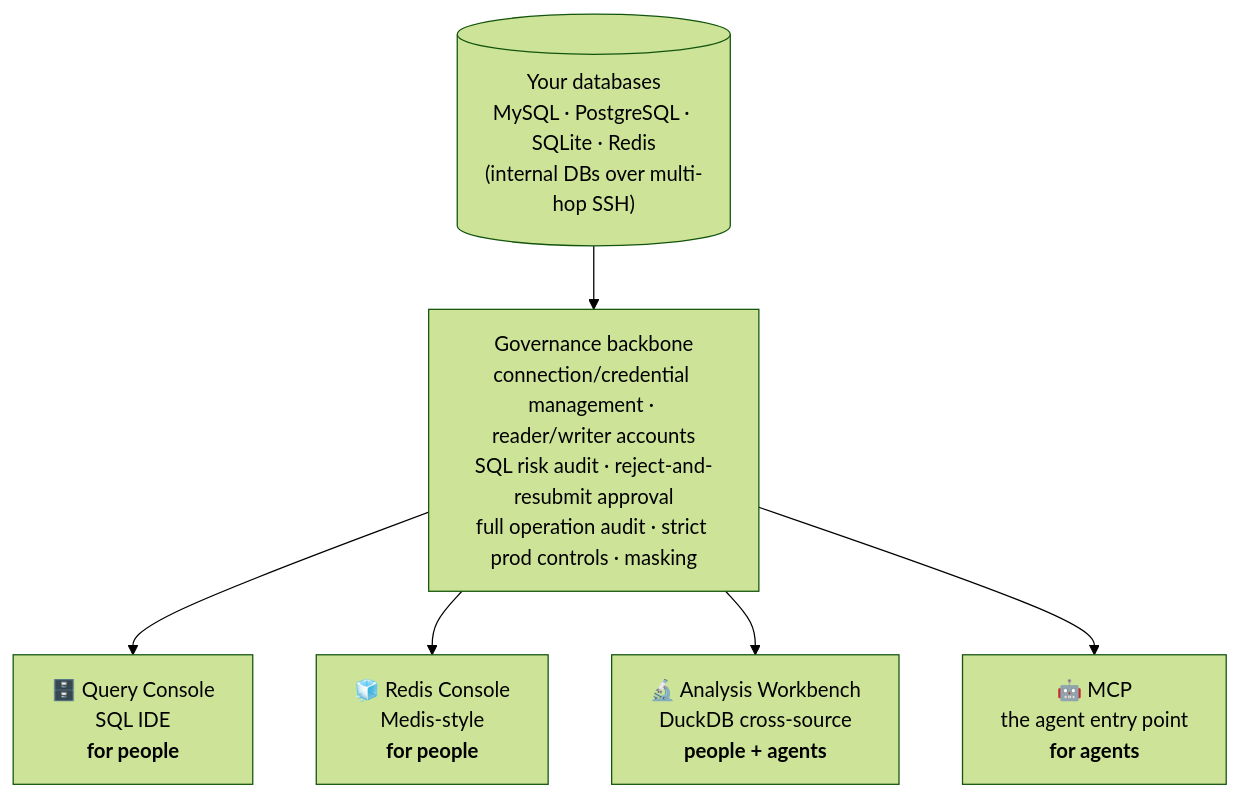
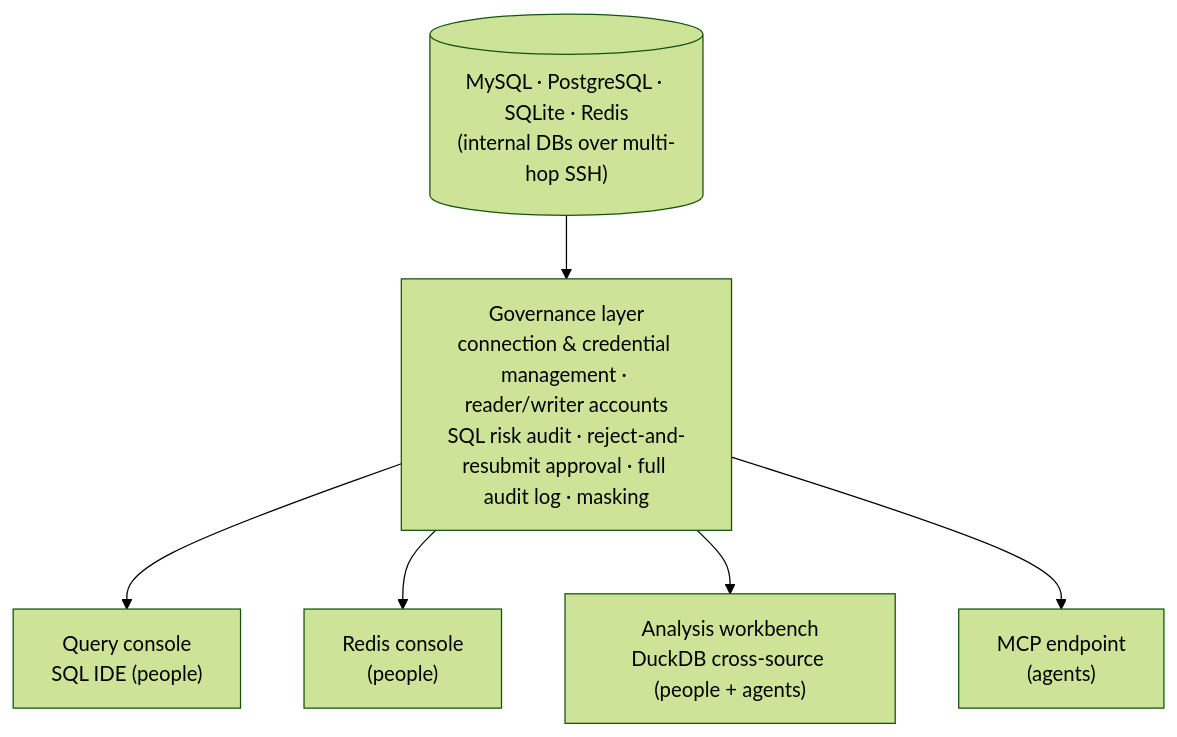
One commit to jianxinliu/Quay changed the diagram in README.en.md. Above: the diagram before and after it, drawn with Mermaid (forest theme). The commit also changed other lines of this file and 1 other file, not shown here.

````diff
--- a/README.en.md
+++ b/README.en.md
@@ -65,9 +52,9 @@
 ```mermaid
 flowchart TB
-    DB[("Your databases<br/>MySQL · PostgreSQL · SQLite · Redis<br/>(internal DBs over multi-hop SSH)")]
-    DB --> GOV["Governance backbone<br/>connection/credential management · reader/writer accounts<br/>SQL risk audit · reject-and-resubmit approval<br/>full operation audit · strict prod controls · masking"]
-    GOV --> T1["🗄️ Query Console<br/>SQL IDE<br/><b>for people</b>"]
-    GOV --> T2["🧊 Redis Console<br/>Medis-style<br/><b>for people</b>"]
-    GOV --> T3["🔬 Analysis Workbench<br/>DuckDB cross-source<br/><b>people + agents</b>"]
-    GOV --> T4["🤖 MCP<br/>the agent entry point<br/><b>for agents</b>"]
+    DB[("MySQL · PostgreSQL · SQLite · Redis<br/>(internal DBs over multi-hop SSH)")]
+    DB --> GOV["Governance layer<br/>connection & credential management · reader/writer accounts<br/>SQL risk audit · reject-and-resubmit approval · full audit log · masking"]
+    GOV --> T1["Query console<br/>SQL IDE (people)"]
+    GOV --> T2["Redis console<br/>(people)"]
+    GOV --> T3["Analysis workbench<br/>DuckDB cross-source (people + agents)"]
+    GOV --> T4["MCP endpoint<br/>(agents)"]
 ```
````
